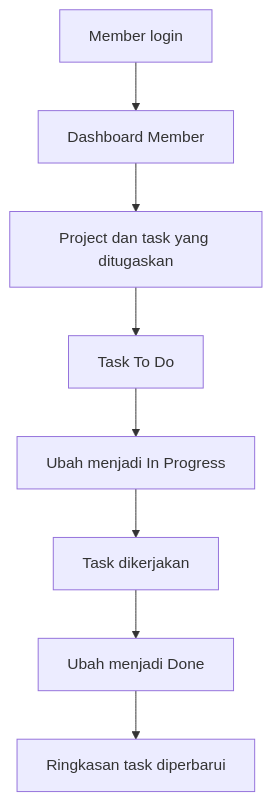
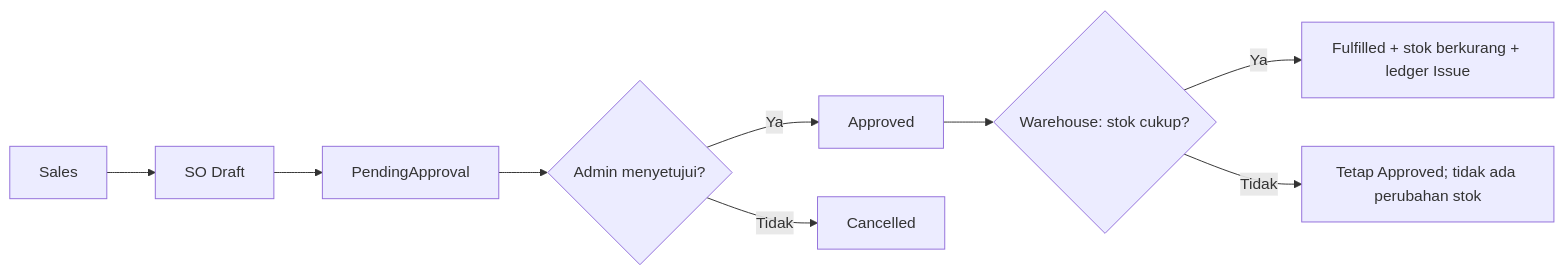
One commit to sayyidahfathimah/gudang-kita changed the second of 3 diagrams in docs/dokumentasi-summary.md. Above: the diagram before and after it, drawn with Mermaid. The commit also changed other lines of this file and 123 other files, not shown here.

````diff
--- a/docs/dokumentasi-summary.md
+++ b/docs/dokumentasi-summary.md
@@ -102,10 +43,11 @@
 ```mermaid
-flowchart TD
-    A[Member login] --> B[Dashboard Member]
-    B --> C[Project dan task yang ditugaskan]
-    C --> D[Task To Do]
-    D --> E[Ubah menjadi In Progress]
-    E --> F[Task dikerjakan]
-    F --> G[Ubah menjadi Done]
-    G --> H[Ringkasan task diperbarui]
+flowchart LR
+    A[Sales] --> B[SO Draft]
+    B --> C[PendingApproval]
+    C --> D{Admin menyetujui?}
+    D -->|Ya| E[Approved]
+    D -->|Tidak| X[Cancelled]
+    E --> F{Warehouse: stok cukup?}
+    F -->|Ya| G[Fulfilled + stok berkurang + ledger Issue]
+    F -->|Tidak| H[Tetap Approved; tidak ada perubahan stok]
 ```
````
